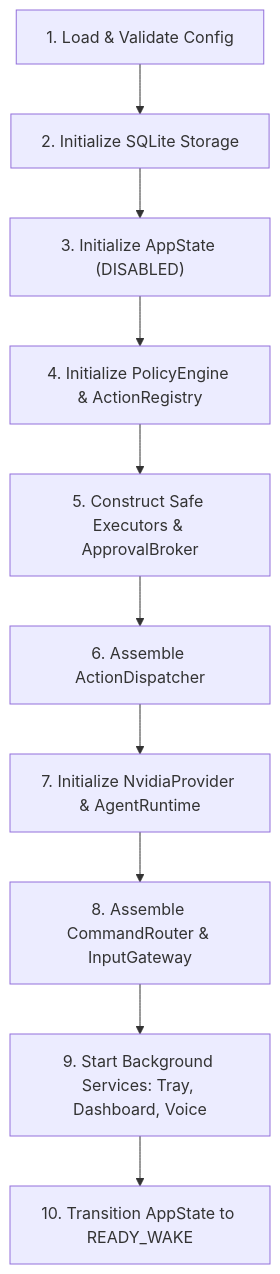
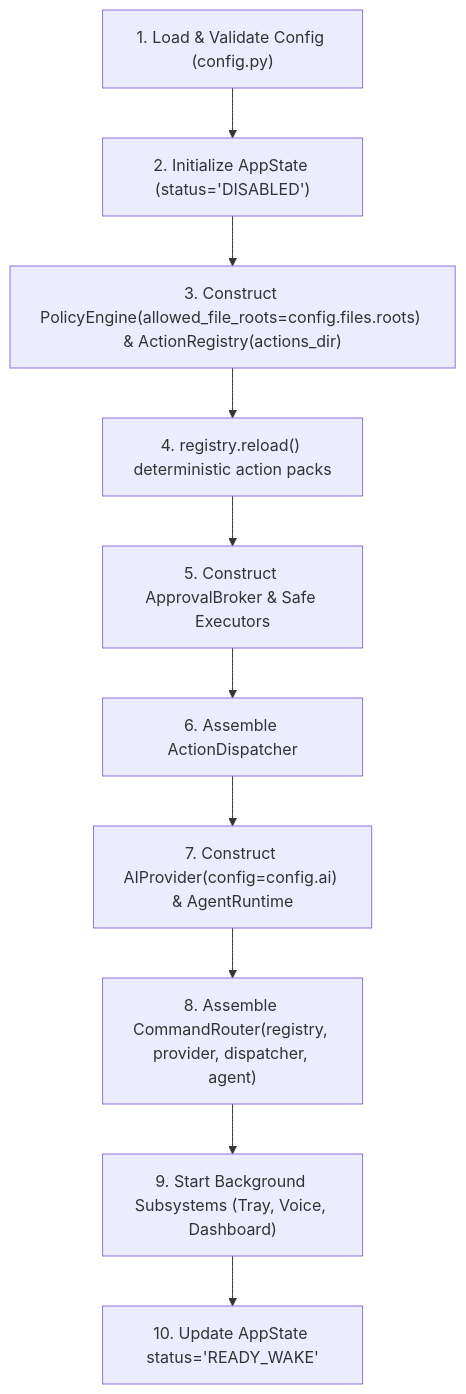
One commit to prashantjadon311/Maya-01 changed the diagram in Docs/ImplementationCookbook/08_COMPOSITION_ROOT.md. Above: the diagram before and after it, drawn with Mermaid. The commit also changed other lines of this file and 40 other files, not shown here.

````diff
--- a/Docs/ImplementationCookbook/08_COMPOSITION_ROOT.md
+++ b/Docs/ImplementationCookbook/08_COMPOSITION_ROOT.md
@@ -7,12 +7,12 @@
 ```mermaid
 flowchart TD
-    CONFIG["1. Load & Validate Config"] --> STORAGE["2. Initialize SQLite Storage"]
-    STORAGE --> STATE["3. Initialize AppState (DISABLED)"]
-    STATE --> POLICY["4. Initialize PolicyEngine & ActionRegistry"]
-    POLICY --> EXEC["5. Construct Safe Executors & ApprovalBroker"]
-    EXEC --> DISPATCH["6. Assemble ActionDispatcher"]
-    DISPATCH --> AI["7. Initialize NvidiaProvider & AgentRuntime"]
-    AI --> ROUTER["8. Assemble CommandRouter & InputGateway"]
-    ROUTER --> BACKGROUND["9. Start Background Services: Tray, Dashboard, Voice"]
-    BACKGROUND --> READY["10. Transition AppState to READY_WAKE"]
+    CONFIG["1. Load & Validate Config (config.py)"] --> STATE["2. Initialize AppState (status='DISABLED')"]
+    STATE --> POLICY["3. Construct PolicyEngine(allowed_file_roots=config.files.roots) & ActionRegistry(actions_dir)"]
+    POLICY --> RELOAD["4. registry.reload() deterministic action packs"]
+    RELOAD --> BROKER["5. Construct ApprovalBroker & Safe Executors"]
+    BROKER --> DISPATCH["6. Assemble ActionDispatcher"]
+    DISPATCH --> AI["7. Construct AIProvider(config=config.ai) & AgentRuntime"]
+    AI --> ROUTER["8. Assemble CommandRouter(registry, provider, dispatcher, agent)"]
+    ROUTER --> BACKGROUND["9. Start Background Subsystems (Tray, Voice, Dashboard)"]
+    BACKGROUND --> READY["10. Update AppState status='READY_WAKE'"]
 ```
````
